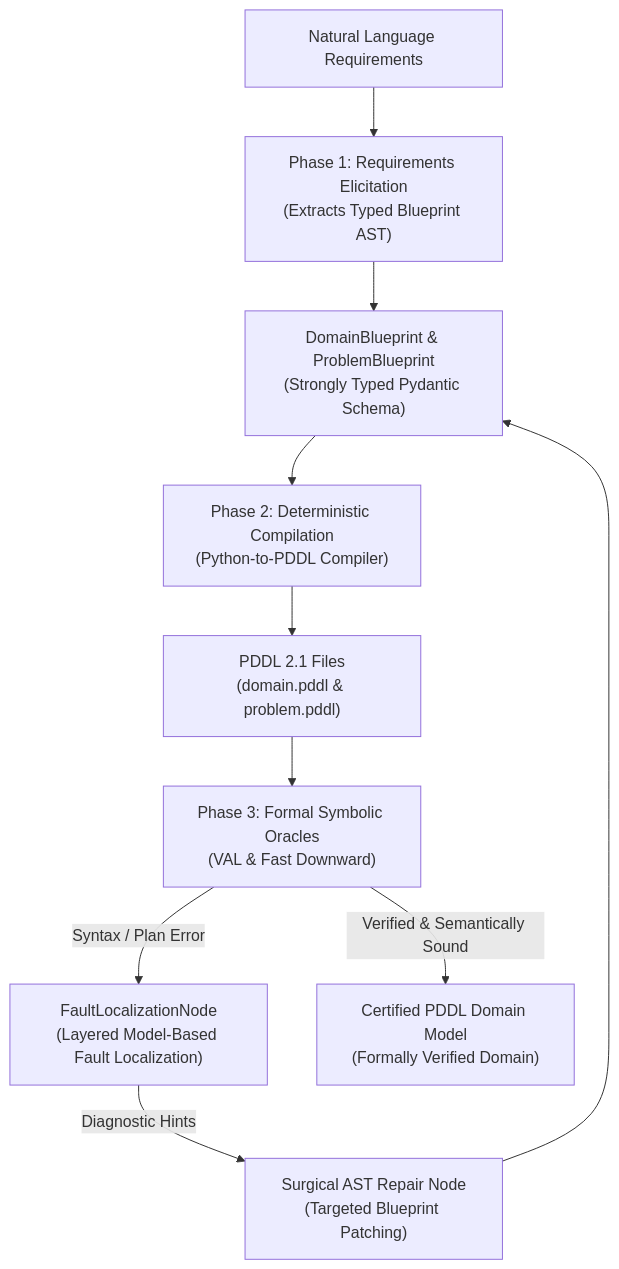
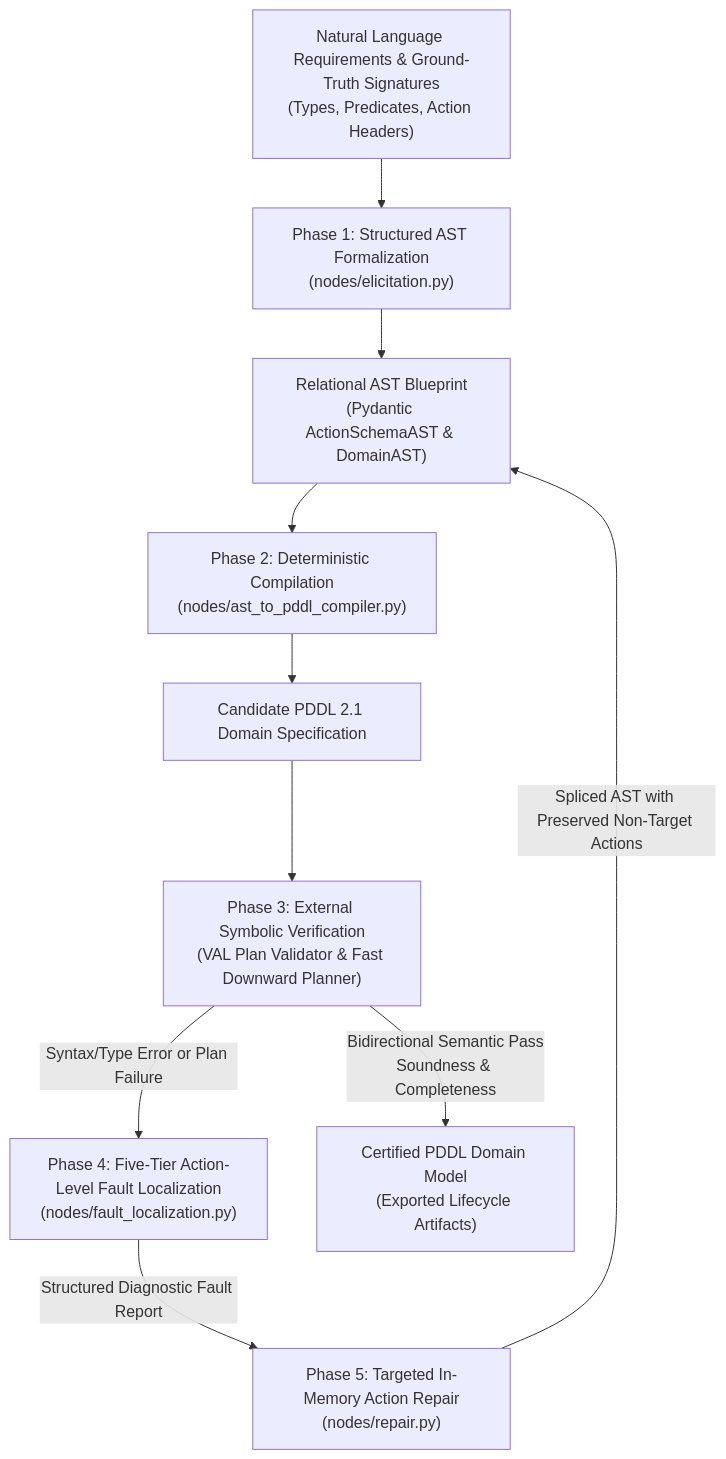
One commit to roshanmgupta/pddl-lifecycle-agent-domain-engineering changed the diagram in readme.md. Above: the diagram before and after it, drawn with Mermaid. The commit also changed other lines of this file and 57 other files, not shown here.

Commit message:
Final running codeworking fault repair and domain generation

````diff
--- a/readme.md
+++ b/readme.md
@@ -29,12 +30,12 @@
 ```mermaid
 flowchart TD
-    Req["Natural Language Requirements"] --> Elicit["Phase 1: Requirements Elicitation\n(Extracts Typed Blueprint AST)"]
-    Elicit --> Blueprint["DomainBlueprint & ProblemBlueprint\n(Strongly Typed Pydantic Schema)"]
-    Blueprint --> Gen["Phase 2: Deterministic Compilation\n(Python-to-PDDL Compiler)"]
-    Gen --> PDDL["PDDL 2.1 Files\n(domain.pddl & problem.pddl)"]
-    PDDL --> Oracles["Phase 3: Formal Symbolic Oracles\n(VAL & Fast Downward)"]
-    Oracles -->|Syntax / Plan Error| Triage["FaultLocalizationNode\n(Layered Model-Based Fault Localization)"]
-    Triage -->|Diagnostic Hints| Repair["Surgical AST Repair Node\n(Targeted Blueprint Patching)"]
-    Repair --> Blueprint
-    Oracles -->|Verified & Semantically Sound| Certified["Certified PDDL Domain Model\n(Formally Verified Domain)"]
+    Req["Natural Language Requirements & Ground-Truth Signatures\n(Types, Predicates, Action Headers)"] --> Formalize["Phase 1: Structured AST Formalization\n(nodes/elicitation.py)"]
+    Formalize --> AST["Relational AST Blueprint\n(Pydantic ActionSchemaAST & DomainAST)"]
+    AST --> Compile["Phase 2: Deterministic Compilation\n(nodes/ast_to_pddl_compiler.py)"]
+    Compile --> Candidate["Candidate PDDL 2.1 Domain Specification"]
+    Candidate --> Oracles["Phase 3: External Symbolic Verification\n(VAL Plan Validator & Fast Downward Planner)"]
+    Oracles -->|Syntax/Type Error or Plan Failure| FaultLoc["Phase 4: Five-Tier Action-Level Fault Localization\n(nodes/fault_localization.py)"]
+    FaultLoc -->|Structured Diagnostic Fault Report| Repair["Phase 5: Targeted In-Memory Action Repair\n(nodes/repair.py)"]
+    Repair -->|Spliced AST with Preserved Non-Target Actions| AST
+    Oracles -->|Bidirectional Semantic Pass\nSoundness & Completeness| Verified["Certified PDDL Domain Model\n(Exported Lifecycle Artifacts)"]
 ```
````
